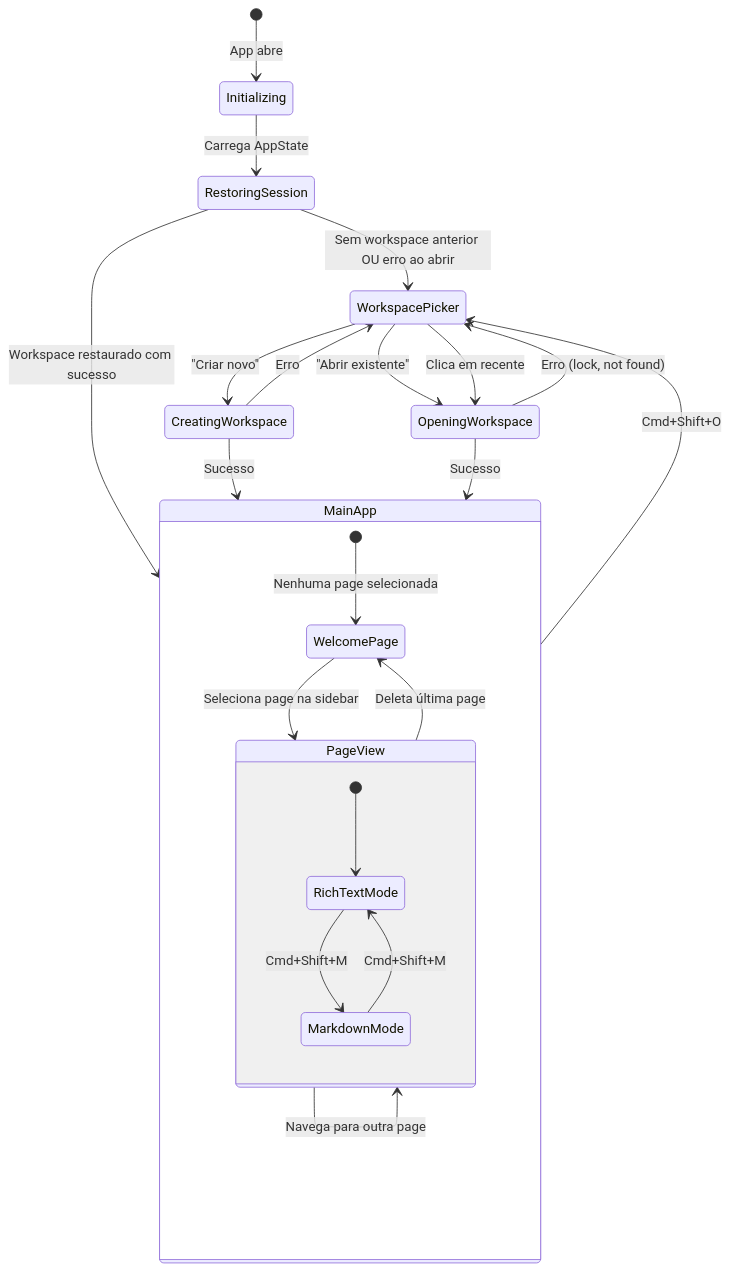
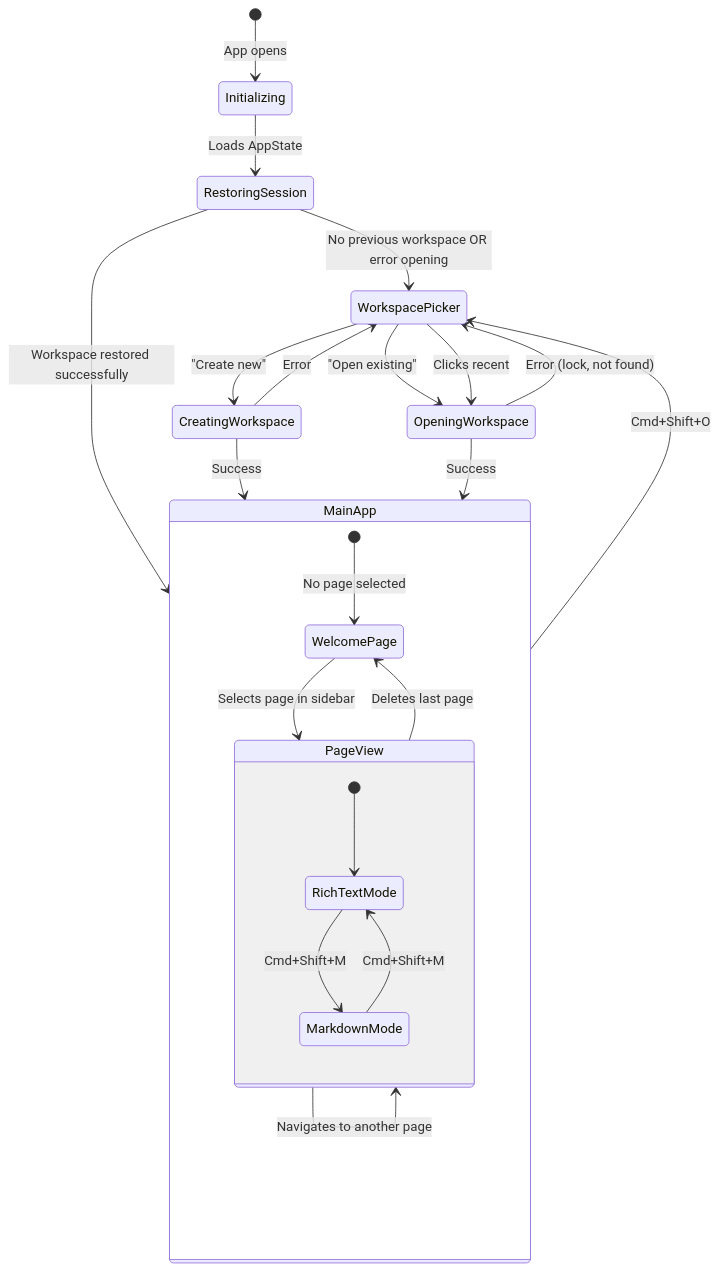
One commit to l3co/open-note changed the seventh of 15 diagrams in docs/ARCHITECTURE.md. Above: the diagram before and after it, drawn with Mermaid. The commit also changed other lines of this file and 10 other files, not shown here.

First line of the commit message:
docs: translate ARCHITECTURE, USER_GUIDE, and all 9 ADRs to English

````diff
--- a/docs/ARCHITECTURE.md
+++ b/docs/ARCHITECTURE.md
@@ -342,33 +342,33 @@
 ```mermaid
 stateDiagram-v2
-    [*] --> Initializing: App abre
+    [*] --> Initializing: App opens
 
-    Initializing --> RestoringSession: Carrega AppState
-    RestoringSession --> WorkspacePicker: Sem workspace anterior OU erro ao abrir
-    RestoringSession --> MainApp: Workspace restaurado com sucesso
+    Initializing --> RestoringSession: Loads AppState
+    RestoringSession --> WorkspacePicker: No previous workspace OR error opening
+    RestoringSession --> MainApp: Workspace restored successfully
 
-    WorkspacePicker --> CreatingWorkspace: "Criar novo"
-    WorkspacePicker --> OpeningWorkspace: "Abrir existente"
-    WorkspacePicker --> OpeningWorkspace: Clica em recente
+    WorkspacePicker --> CreatingWorkspace: "Create new"
+    WorkspacePicker --> OpeningWorkspace: "Open existing"
+    WorkspacePicker --> OpeningWorkspace: Clicks recent
 
-    CreatingWorkspace --> MainApp: Sucesso
-    CreatingWorkspace --> WorkspacePicker: Erro
+    CreatingWorkspace --> MainApp: Success
+    CreatingWorkspace --> WorkspacePicker: Error
 
-    OpeningWorkspace --> MainApp: Sucesso
-    OpeningWorkspace --> WorkspacePicker: Erro (lock, not found)
+    OpeningWorkspace --> MainApp: Success
+    OpeningWorkspace --> WorkspacePicker: Error (lock, not found)
 
     MainApp --> WorkspacePicker: Cmd+Shift+O
 
     state MainApp {
-        [*] --> WelcomePage: Nenhuma page selecionada
-        WelcomePage --> PageView: Seleciona page na sidebar
-        PageView --> WelcomePage: Deleta última page
-        PageView --> PageView: Navega para outra page
+        [*] --> WelcomePage: No page selected
+        WelcomePage --> PageView: Selects page in sidebar
+        PageView --> WelcomePage: Deletes last page
+        PageView --> PageView: Navigates to another page
 
         state PageView {
             [*] --> RichTextMode
             RichTextMode --> MarkdownMode: Cmd+Shift+M
             MarkdownMode --> RichTextMode: Cmd+Shift+M
         }
     }
 ```
````
